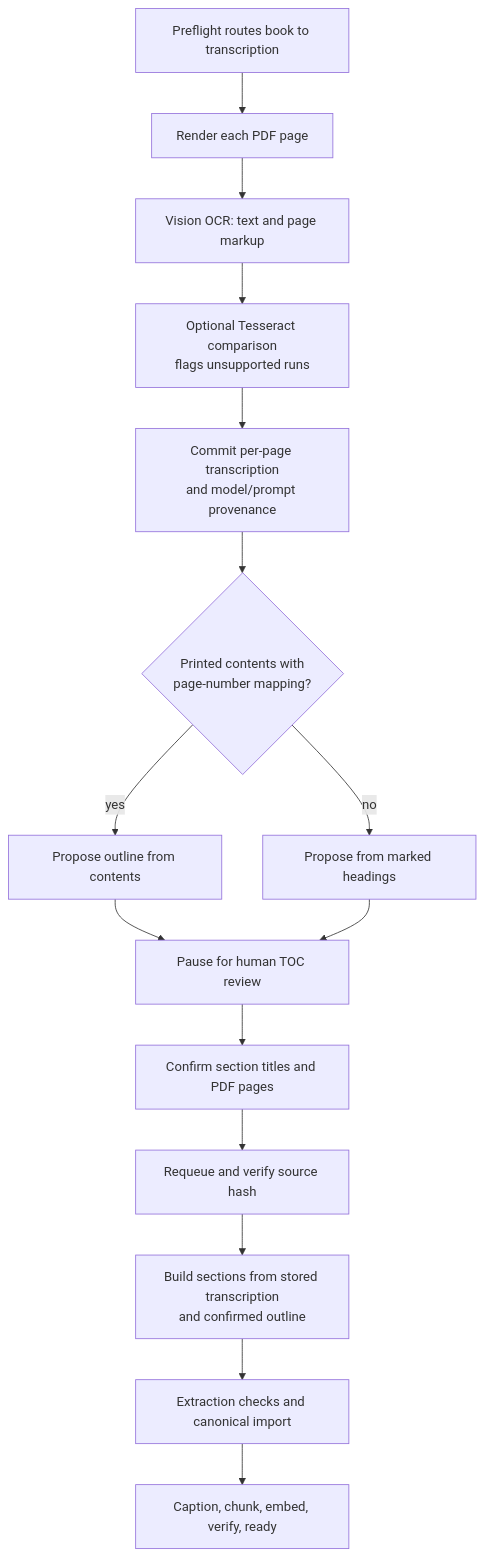
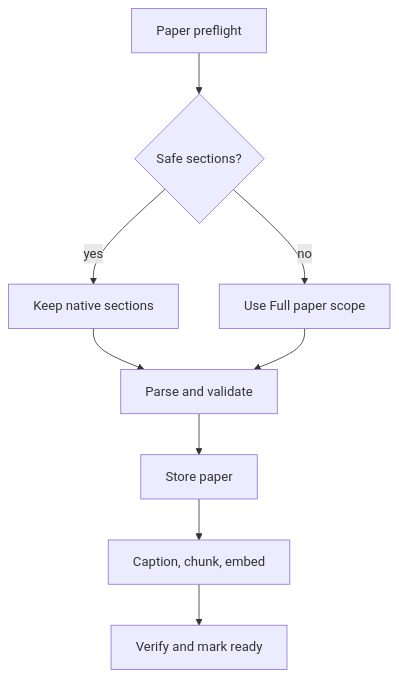
One commit to rabhishek100/agentic_study_partner changed the fourth of 7 diagrams in docs/ingestion.md. Above: the diagram before and after it, drawn with Mermaid. The commit also changed other lines of this file and 9 other files, not shown here.

Commit message:
Consolidate concise feature and architecture documentation

````diff
--- a/docs/ingestion.md
+++ b/docs/ingestion.md
@@ -68,17 +76,11 @@
 ```mermaid
 flowchart TD
-    A[Preflight routes book to transcription] --> B[Render each PDF page]
-    B --> C[Vision OCR: text and page markup]
-    C --> D[Optional Tesseract comparison<br/>flags unsupported runs]
-    D --> E[Commit per-page transcription<br/>and model/prompt provenance]
-    E --> F{Printed contents with<br/>page-number mapping?}
-    F -->|yes| G[Propose outline from contents]
-    F -->|no| H[Propose from marked headings]
-    G --> I[Pause for human TOC review]
-    H --> I
-    I --> J[Confirm section titles and PDF pages]
-    J --> K[Requeue and verify source hash]
-    K --> L[Build sections from stored transcription<br/>and confirmed outline]
-    L --> M[Extraction checks and canonical import]
-    M --> N[Caption, chunk, embed, verify, ready]
+    P[Paper preflight] --> O{Safe sections?}
+    O -->|yes| N[Keep native sections]
+    O -->|no| F[Use Full paper scope]
+    N --> E[Parse and validate]
+    F --> E
+    E --> C[Store paper]
+    C --> I[Caption, chunk, embed]
+    I --> R[Verify and mark ready]
 ```
````
